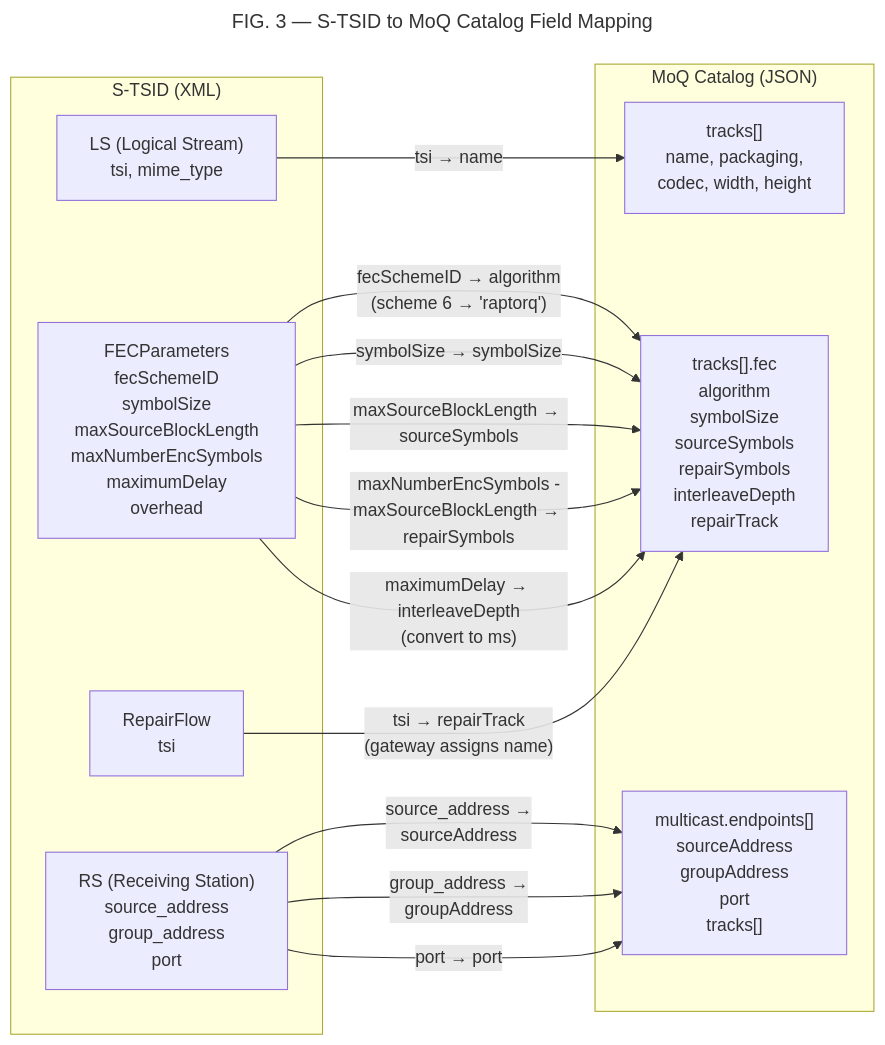
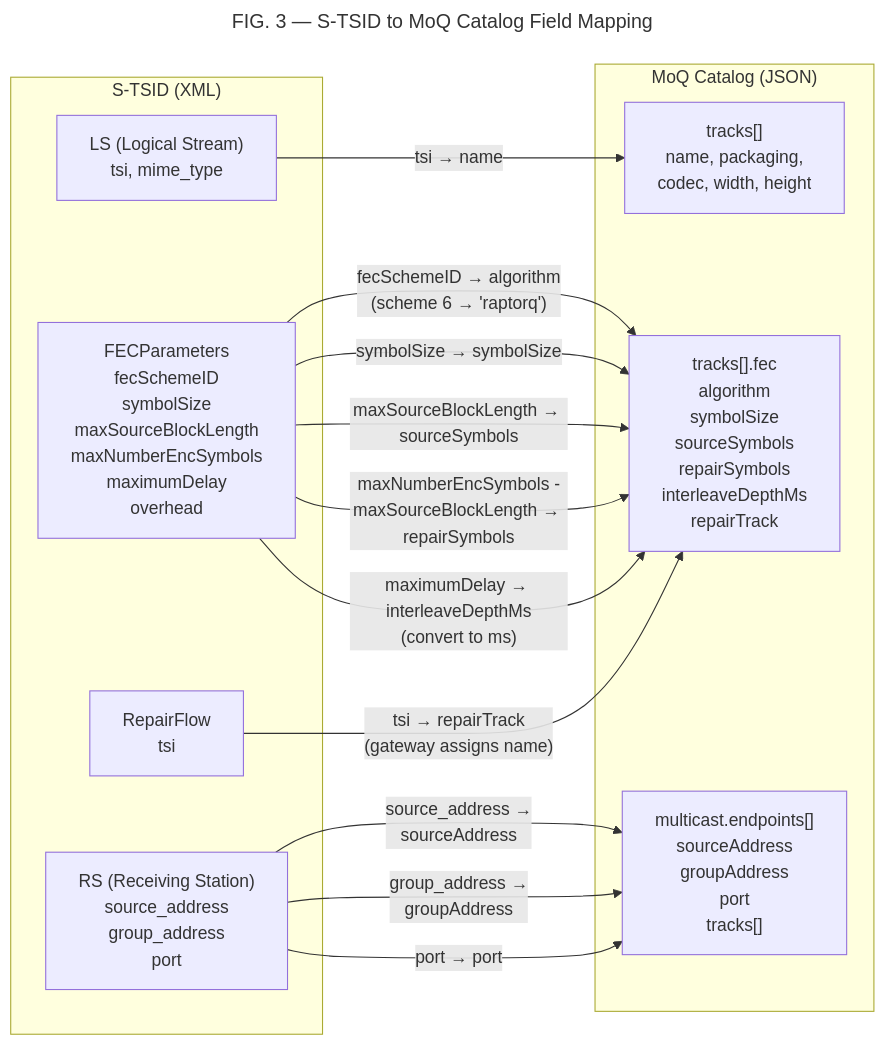
Before and after one commit to Blockcast/moqcast-draft: the diagram in patent/figures/APP2-FIG3-stsid-conversion.mmd, drawn with Mermaid. The commit also changed 14 other files, not shown here.

```diff
--- a/patent/figures/APP2-FIG3-stsid-conversion.mmd
+++ b/patent/figures/APP2-FIG3-stsid-conversion.mmd
@@ -1,27 +1,27 @@
 ---
 title: "FIG. 3 — S-TSID to MoQ Catalog Field Mapping"
 ---
 graph LR
     subgraph STSID["S-TSID (XML)"]
         LS["LS (Logical Stream)<br/>tsi, mime_type"]
         FP["FECParameters<br/>fecSchemeID<br/>symbolSize<br/>maxSourceBlockLength<br/>maxNumberEncSymbols<br/>maximumDelay<br/>overhead"]
         RF["RepairFlow<br/>tsi"]
         RS["RS (Receiving Station)<br/>source_address<br/>group_address<br/>port"]
     end
 
     subgraph Catalog["MoQ Catalog (JSON)"]
         TRK["tracks[]<br/>name, packaging,<br/>codec, width, height"]
-        FEC["tracks[].fec<br/>algorithm<br/>symbolSize<br/>sourceSymbols<br/>repairSymbols<br/>interleaveDepth<br/>repairTrack"]
+        FEC["tracks[].fec<br/>algorithm<br/>symbolSize<br/>sourceSymbols<br/>repairSymbols<br/>interleaveDepthMs<br/>repairTrack"]
         MC["multicast.endpoints[]<br/>sourceAddress<br/>groupAddress<br/>port<br/>tracks[]"]
     end
 
     LS -->|"tsi → name"| TRK
     FP -->|"fecSchemeID → algorithm<br/>(scheme 6 → 'raptorq')"| FEC
     FP -->|"symbolSize → symbolSize"| FEC
     FP -->|"maxSourceBlockLength → sourceSymbols"| FEC
     FP -->|"maxNumberEncSymbols -<br/>maxSourceBlockLength → repairSymbols"| FEC
-    FP -->|"maximumDelay → interleaveDepth<br/>(convert to ms)"| FEC
+    FP -->|"maximumDelay → interleaveDepthMs<br/>(convert to ms)"| FEC
     RF -->|"tsi → repairTrack<br/>(gateway assigns name)"| FEC
     RS -->|"source_address →<br/>sourceAddress"| MC
     RS -->|"group_address →<br/>groupAddress"| MC
     RS -->|"port → port"| MC
```
